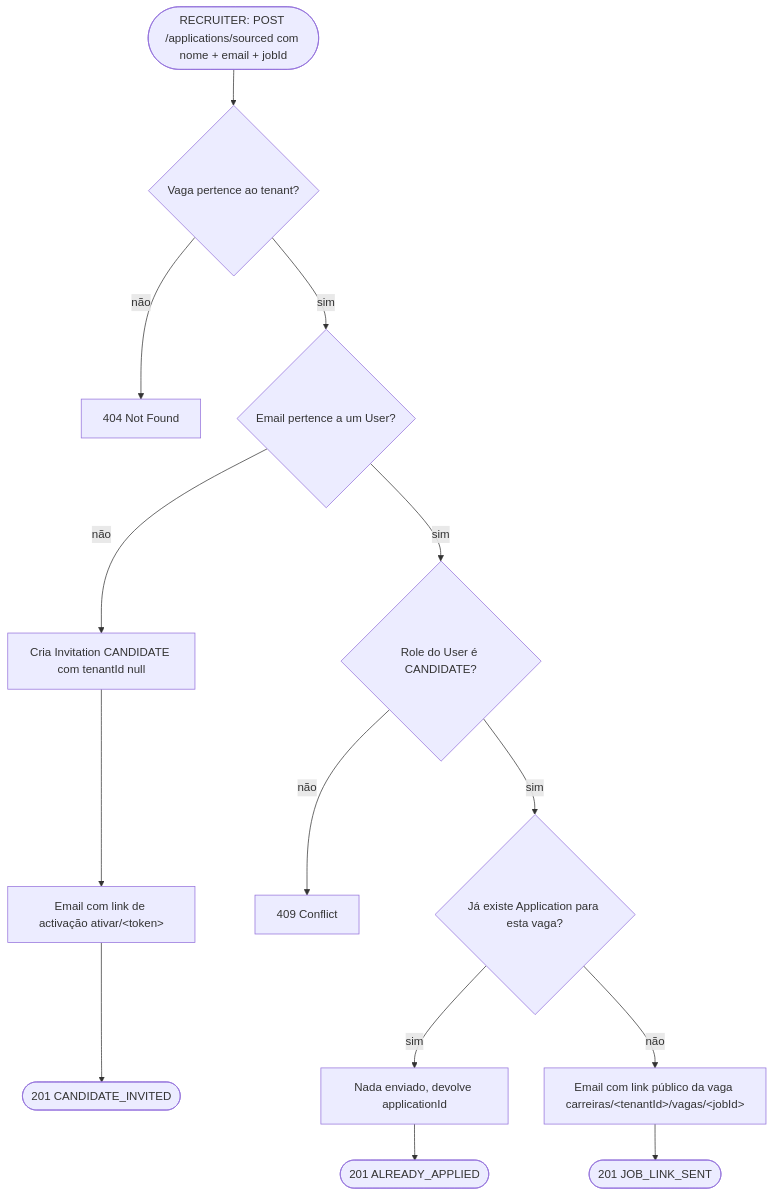
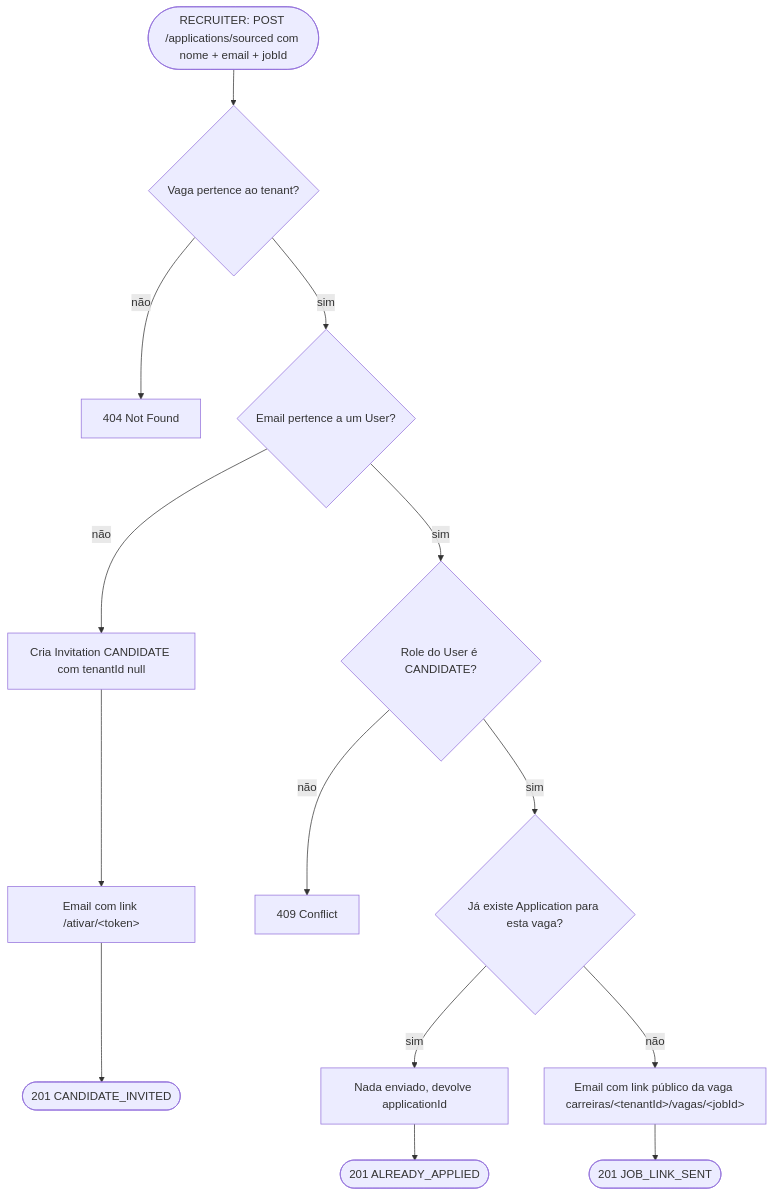
Before and after one commit to AndreXime/deploy-talent: the seventh of 13 diagrams in FLUXOS.md, drawn with Mermaid. The commit also changed other lines of this file and 50 other files, not shown here.

````diff
--- a/FLUXOS.md
+++ b/FLUXOS.md
@@ -134,17 +134,17 @@
 ```mermaid
 flowchart TD
     start([RECRUITER: POST /applications/sourced com nome + email + jobId]) --> jobOk{Vaga pertence ao tenant?}
     jobOk -- não --> err404[404 Not Found]
     jobOk -- sim --> userExists{Email pertence a um User?}
     userExists -- não --> invite[Cria Invitation CANDIDATE com tenantId null]
-    invite --> emailInvite[Email com link de activação ativar/&lt;token&gt;]
+    invite --> emailInvite[Email com link /ativar/&lt;token&gt;]
     emailInvite --> doneInvited([201 CANDIDATE_INVITED])
 
     userExists -- sim --> isCandidate{Role do User é CANDIDATE?}
     isCandidate -- não --> err409[409 Conflict]
     isCandidate -- sim --> hasApp{Já existe Application para esta vaga?}
     hasApp -- sim --> noOp[Nada enviado, devolve applicationId]
     noOp --> doneApplied([201 ALREADY_APPLIED])
     hasApp -- não --> emailJob[Email com link público da vaga carreiras/&lt;tenantId&gt;/vagas/&lt;jobId&gt;]
     emailJob --> doneLink([201 JOB_LINK_SENT])
 ```
````
